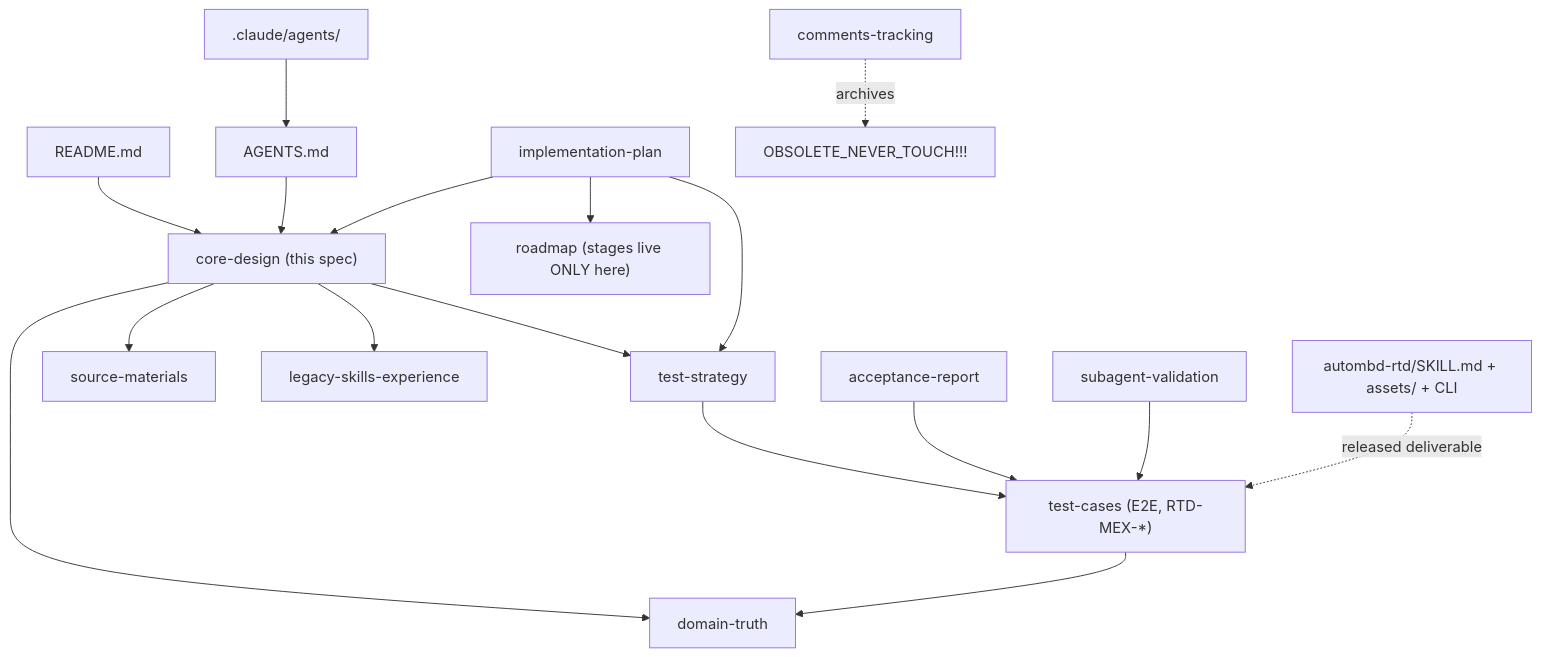
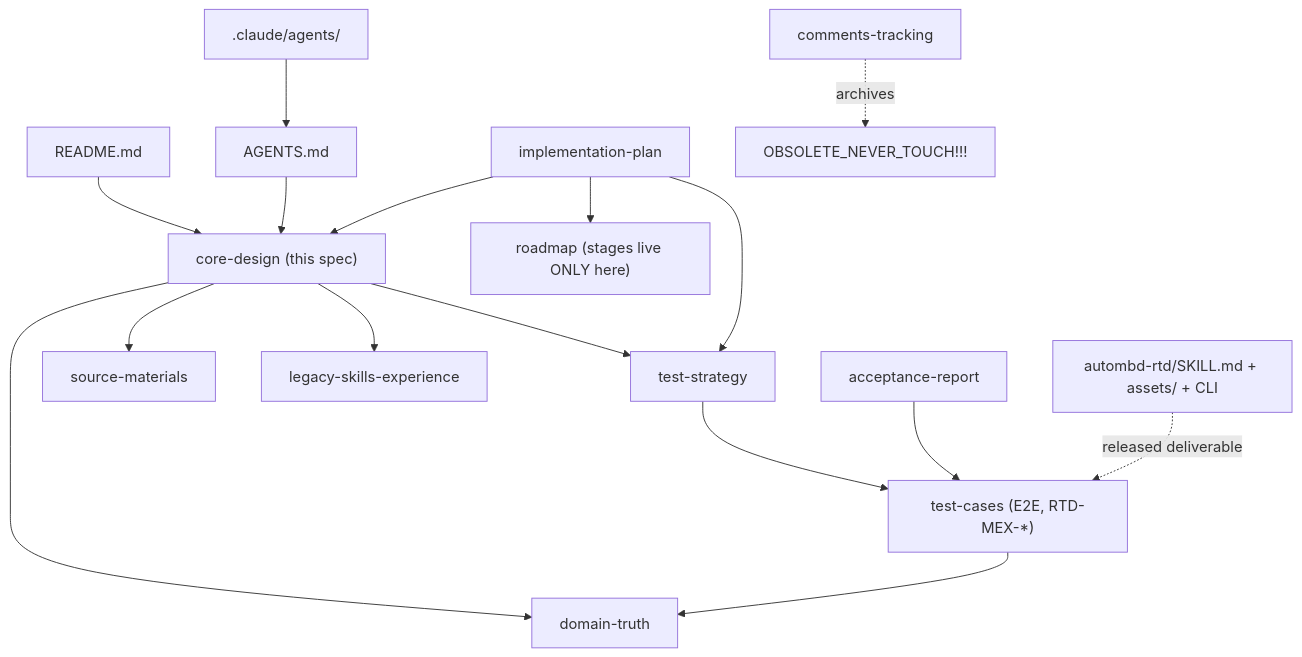
Before and after one commit to autoMBD/autombd-rtd-config: the second of 2 diagrams in docs/specs/rtd-config-core-design.md, drawn with Mermaid. The commit also changed other lines of this file and 8 other files, not shown here.

````diff
--- a/docs/specs/rtd-config-core-design.md
+++ b/docs/specs/rtd-config-core-design.md
@@ -283,19 +283,18 @@
 ```mermaid
 flowchart TD
   README["README.md"] --> CORE["core-design (this spec)"]
   AGENTS["AGENTS.md"] --> CORE
   CORE --> DT["domain-truth"]
   CORE --> TS["test-strategy"]
   CORE --> SM["source-materials"]
   CORE --> LSK["legacy-skills-experience"]
   TS --> TC["test-cases (E2E, RTD-MEX-*)"]
   TC --> DT
   AR["acceptance-report"] --> TC
-  SV["subagent-validation"] --> TC
   PLAN["implementation-plan"] --> CORE
   PLAN --> TS
   PLAN --> RM["roadmap (stages live ONLY here)"]
   CT["comments-tracking"] -.archives.-> OBS["OBSOLETE_NEVER_TOUCH!!!"]
   ROLES[".claude/agents/"] --> AGENTS
   SKILL["autombd-rtd/SKILL.md + assets/ + CLI"] -. released deliverable .-> TC
 ```
````
